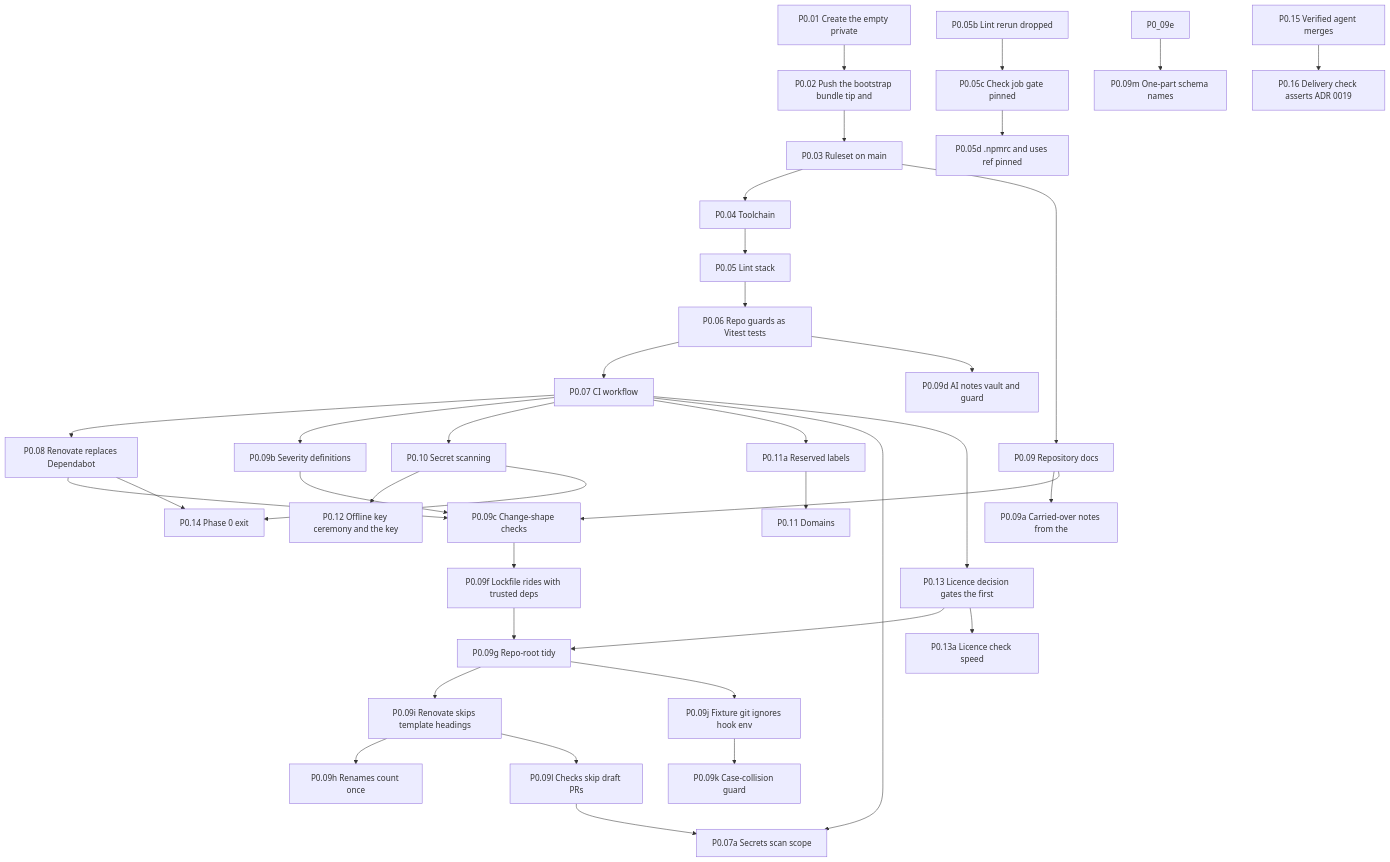
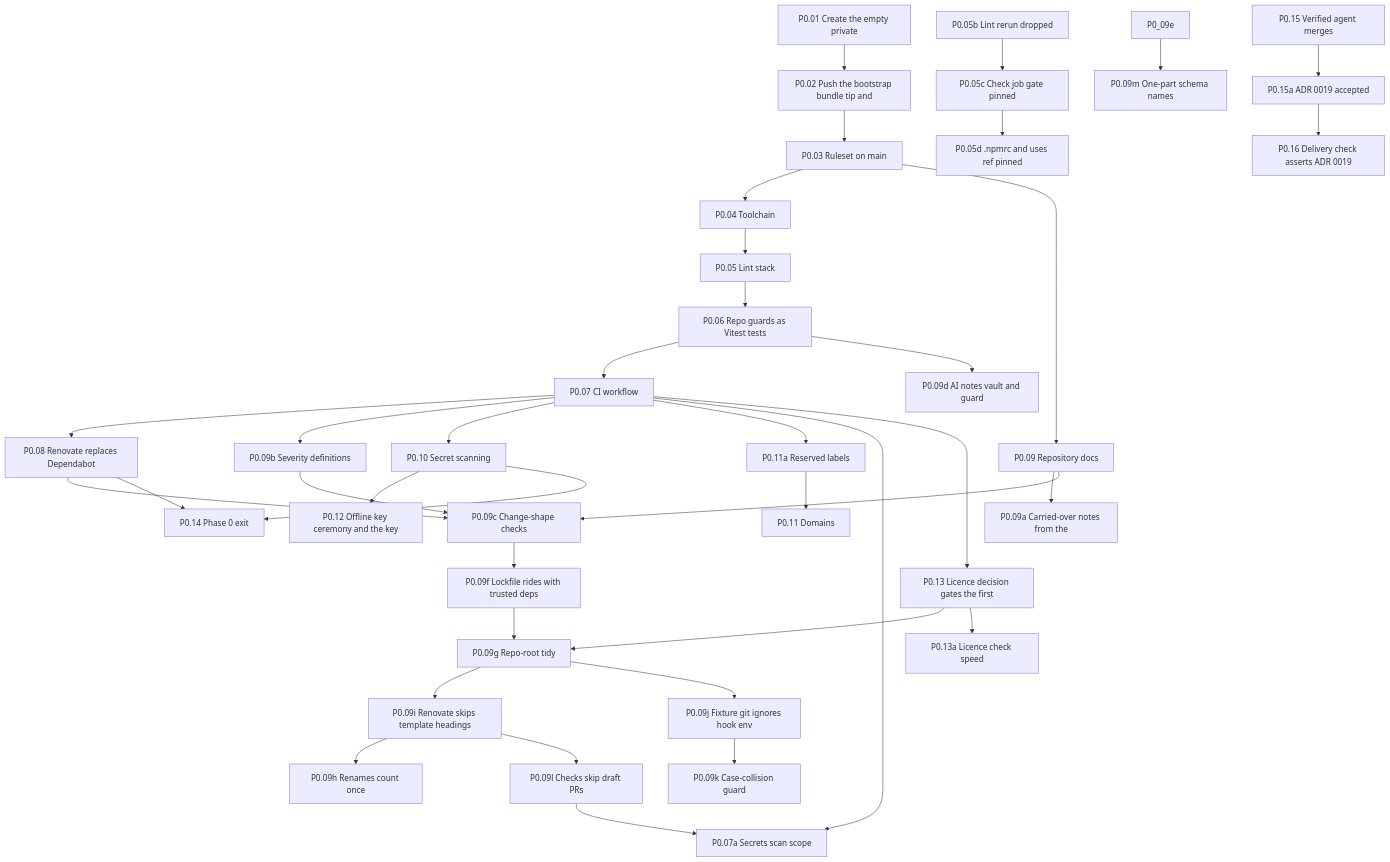
The first of 11 diagrams in docs/ai/book/01-outline.md (Undefined6799/unset), drawn with Mermaid before and after one commit. The commit also changed other lines of this file and 3 other files, not shown here.

````diff
--- a/docs/ai/book/01-outline.md
+++ b/docs/ai/book/01-outline.md
@@ -65,73 +66,75 @@
 ```mermaid
 flowchart TD
   P0_01["P0.01 Create the empty private"]
   P0_02["P0.02 Push the bootstrap bundle tip and"]
   P0_03["P0.03 Ruleset on main"]
   P0_04["P0.04 Toolchain"]
   P0_05["P0.05 Lint stack"]
   P0_05b["P0.05b Lint rerun dropped"]
   P0_05c["P0.05c Check job gate pinned"]
   P0_05d["P0.05d .npmrc and uses ref pinned"]
   P0_06["P0.06 Repo guards as Vitest tests"]
   P0_07["P0.07 CI workflow"]
   P0_08["P0.08 Renovate replaces Dependabot"]
   P0_09["P0.09 Repository docs"]
   P0_09a["P0.09a Carried-over notes from the"]
   P0_09b["P0.09b Severity definitions"]
   P0_09c["P0.09c Change-shape checks"]
   P0_09d["P0.09d AI notes vault and guard"]
   P0_09f["P0.09f Lockfile rides with trusted deps"]
   P0_09g["P0.09g Repo-root tidy"]
   P0_09h["P0.09h Renames count once"]
   P0_09i["P0.09i Renovate skips template headings"]
   P0_09l["P0.09l Checks skip draft PRs"]
   P0_07a["P0.07a Secrets scan scope"]
   P0_09j["P0.09j Fixture git ignores hook env"]
   P0_09k["P0.09k Case-collision guard"]
   P0_09m["P0.09m One-part schema names"]
   P0_10["P0.10 Secret scanning"]
   P0_11a["P0.11a Reserved labels"]
   P0_11["P0.11 Domains"]
   P0_12["P0.12 Offline key ceremony and the key"]
   P0_13["P0.13 Licence decision gates the first"]
   P0_13a["P0.13a Licence check speed"]
   P0_14["P0.14 Phase 0 exit"]
   P0_15["P0.15 Verified agent merges"]
+  P0_15a["P0.15a ADR 0019 accepted"]
   P0_16["P0.16 Delivery check asserts ADR 0019"]
   P0_01 --> P0_02
   P0_02 --> P0_03
   P0_03 --> P0_04
   P0_04 --> P0_05
   P0_05b --> P0_05c
   P0_05c --> P0_05d
   P0_05 --> P0_06
   P0_06 --> P0_07
   P0_07 --> P0_08
   P0_03 --> P0_09
   P0_09 --> P0_09a
   P0_07 --> P0_09b
   P0_08 --> P0_09c
   P0_09 --> P0_09c
   P0_09b --> P0_09c
   P0_06 --> P0_09d
   P0_09c --> P0_09f
   P0_09f --> P0_09g
   P0_13 --> P0_09g
   P0_09g --> P0_09i
   P0_09g --> P0_09j
   P0_09i --> P0_09h
   P0_09j --> P0_09k
   P0_09e --> P0_09m
   P0_09i --> P0_09l
   P0_07 --> P0_10
   P0_07 --> P0_11a
   P0_07 --> P0_07a
   P0_09l --> P0_07a
   P0_11a --> P0_11
   P0_10 --> P0_12
   P0_07 --> P0_13
   P0_13 --> P0_13a
   P0_08 --> P0_14
   P0_10 --> P0_14
-  P0_15 --> P0_16
+  P0_15 --> P0_15a
+  P0_15a --> P0_16
 ```
````
